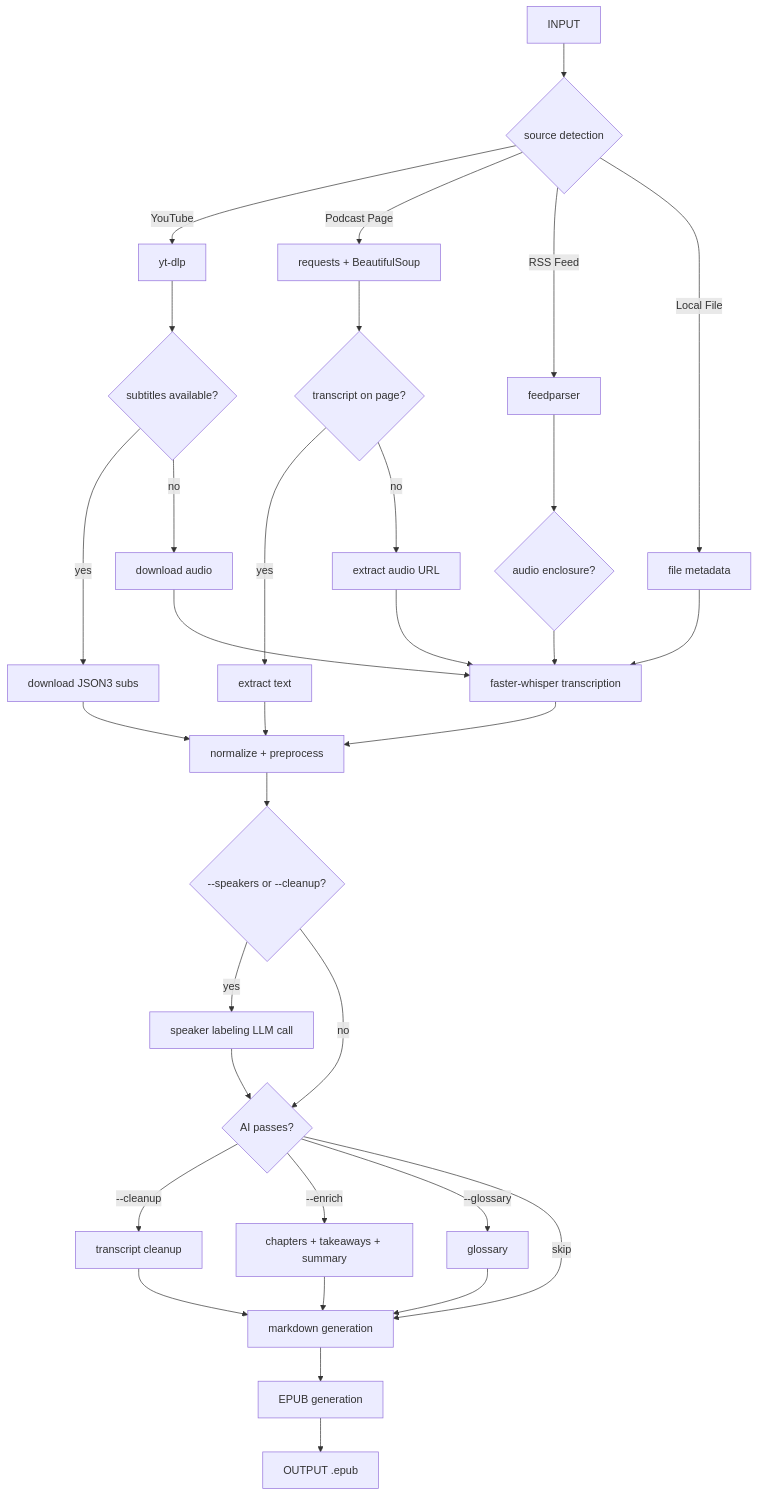
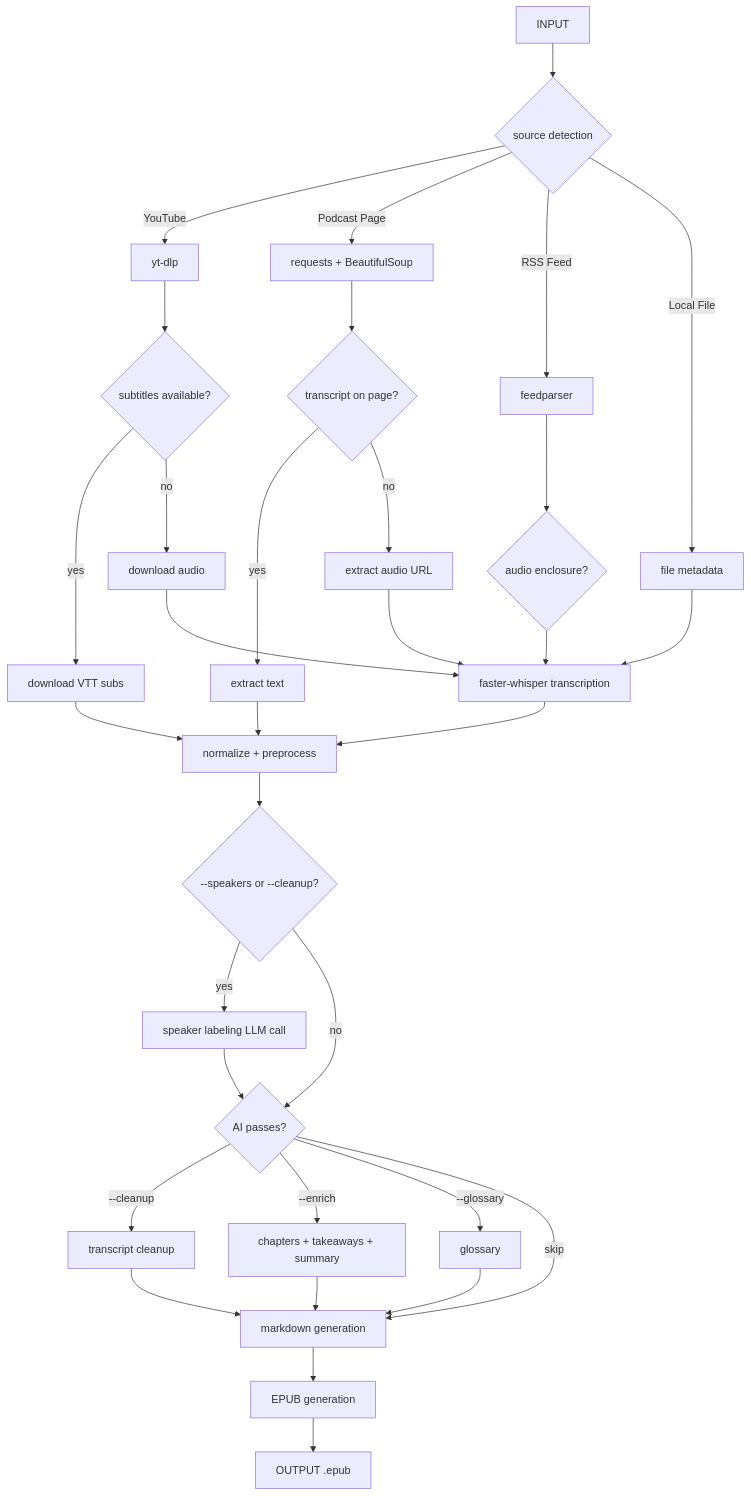
Before and after one commit to huajie06/to-text: the diagram in README.md, drawn with Mermaid. The commit also changed other lines of this file and 4 other files, not shown here.

````diff
--- a/README.md
+++ b/README.md
@@ -24,42 +25,42 @@
 ```mermaid
 flowchart TD
     A[INPUT] --> B{source detection}
     B -->|YouTube| C[yt-dlp]
     B -->|Podcast Page| D[requests + BeautifulSoup]
     B -->|RSS Feed| E[feedparser]
     B -->|Local File| F[file metadata]
 
     C --> G{subtitles available?}
     D --> H{transcript on page?}
     E --> I{audio enclosure?}
 
-    G -->|yes| J[download JSON3 subs]
+    G -->|yes| J[download VTT subs]
     G -->|no| K[download audio]
 
     H -->|yes| L[extract text]
     H -->|no| M[extract audio URL]
 
     J --> O[normalize + preprocess]
     K --> N[faster-whisper transcription]
     M --> N
     I --> N
     F --> N
 
     N --> O
     L --> O
 
     O --> SP{--speakers or --cleanup?}
     SP -->|yes| SL[speaker labeling LLM call]
     SP -->|no| P
     SL --> P{AI passes?}
     P -->|--cleanup| Q[transcript cleanup]
     P -->|--enrich| R[chapters + takeaways + summary]
     P -->|--glossary| R2[glossary]
     Q --> S[markdown generation]
     R --> S
     R2 --> S
     P -->|skip| S
 
     S --> T[EPUB generation]
     T --> U[OUTPUT .epub]
 ```
````
